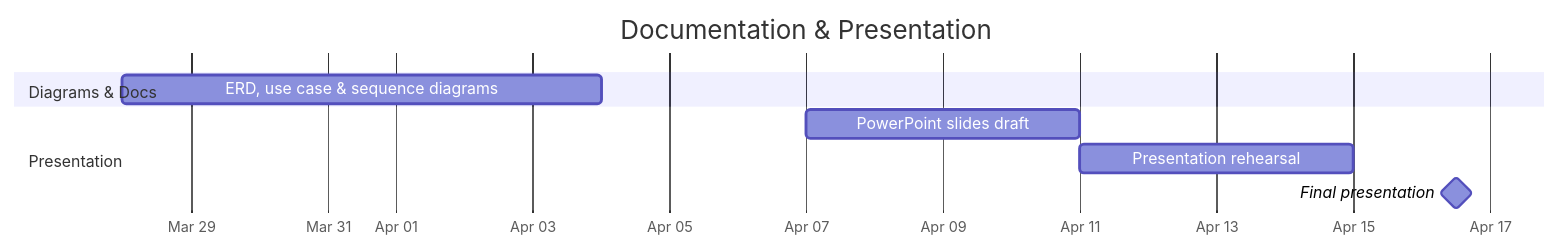
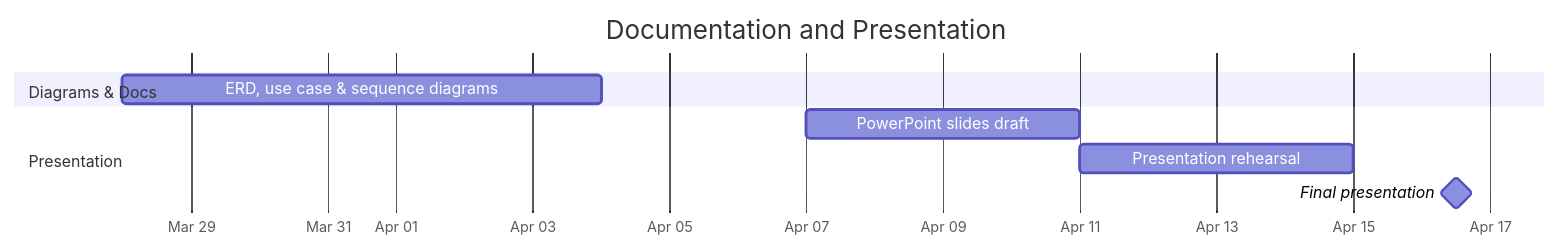
Before and after one commit to LuizGomes56/poosd_final_project: the seventh of 7 diagrams in GANTT.md, drawn with Mermaid. The commit also changed other lines of this file, not shown here.

````diff
--- a/GANTT.md
+++ b/GANTT.md
@@ -131,14 +131,14 @@
 ```mermaid
 gantt
-    title Documentation & Presentation
+    title Documentation and Presentation
     dateFormat  YYYY-MM-DD
     axisFormat  %b %d
 
     section Diagrams & Docs
     ERD, use case & sequence diagrams    : doc1, 2026-03-28, 2026-04-04
 
     section Presentation
     PowerPoint slides draft              : doc2, 2026-04-07, 2026-04-11
     Presentation rehearsal               : doc3, 2026-04-11, 2026-04-15
     Final presentation                   : milestone, pres, 2026-04-16, 1d
 ```
````
